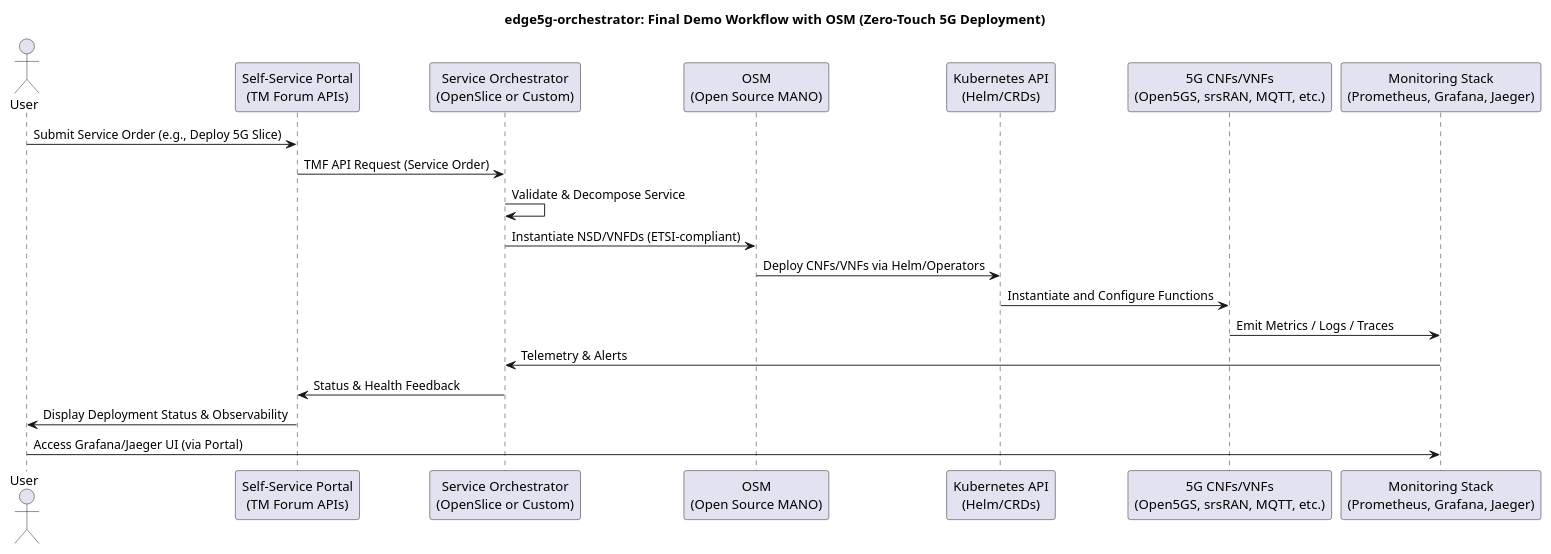
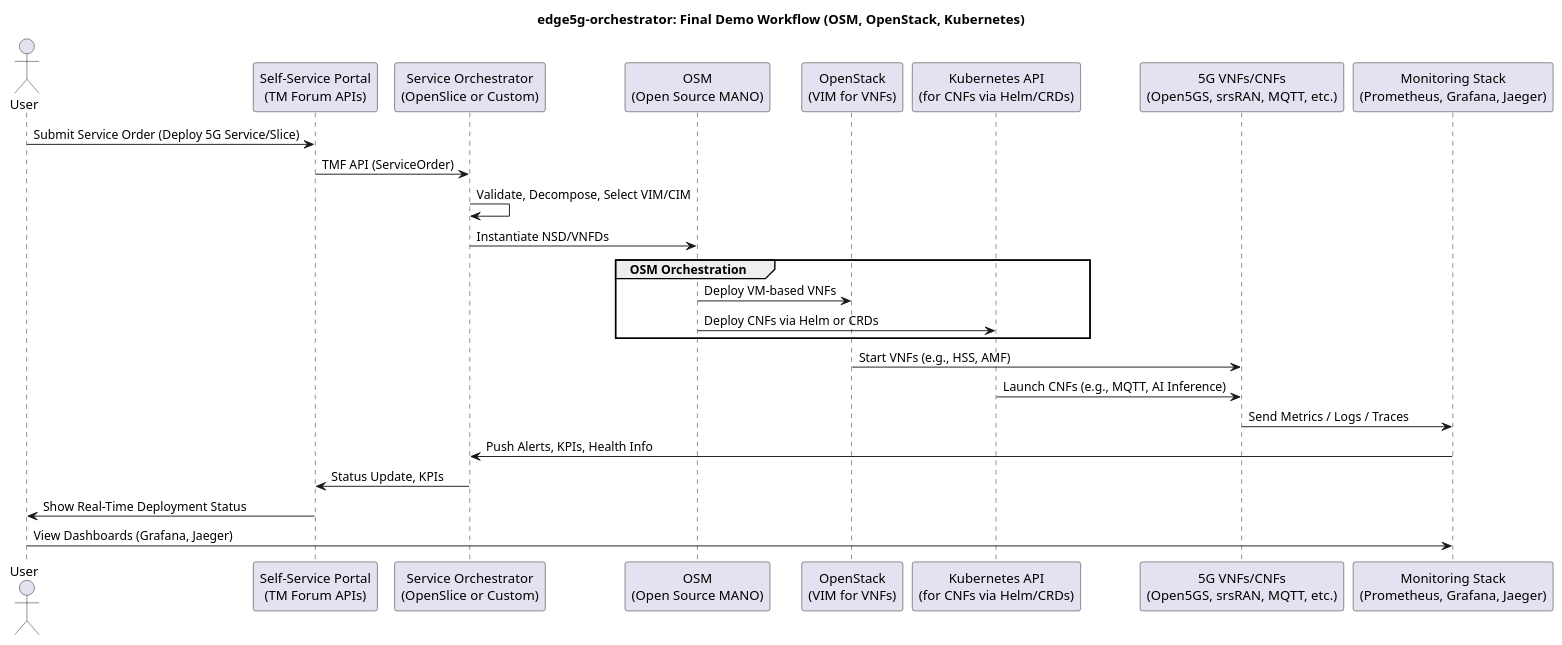
One commit to Siong23/edge5g-orchestrator changed the diagram in demo/workflow.puml. Above: the diagram before and after it, drawn with PlantUML. The commit also changed other lines of this file, not shown here.

```diff
--- a/demo/workflow.puml
+++ b/demo/workflow.puml
@@ -1,26 +1,33 @@
 @startuml
-title edge5g-orchestrator: Final Demo Workflow with OSM (Zero-Touch 5G Deployment)
+title edge5g-orchestrator: Final Demo Workflow (OSM, OpenStack, Kubernetes)
 
 actor User
 participant "Self-Service Portal\n(TM Forum APIs)" as Portal
 participant "Service Orchestrator\n(OpenSlice or Custom)" as Orchestrator
 participant "OSM\n(Open Source MANO)" as OSM
-participant "Kubernetes API\n(Helm/CRDs)" as K8s
-participant "5G CNFs/VNFs\n(Open5GS, srsRAN, MQTT, etc.)" as CNFs
+participant "OpenStack\n(VIM for VNFs)" as OpenStack
+participant "Kubernetes API\n(for CNFs via Helm/CRDs)" as K8s
+participant "5G VNFs/CNFs\n(Open5GS, srsRAN, MQTT, etc.)" as Functions
 participant "Monitoring Stack\n(Prometheus, Grafana, Jaeger)" as Monitoring
 
-User -> Portal: Submit Service Order (e.g., Deploy 5G Slice)
-Portal -> Orchestrator: TMF API Request (Service Order)
-Orchestrator -> Orchestrator: Validate & Decompose Service
-Orchestrator -> OSM: Instantiate NSD/VNFDs (ETSI-compliant)
-OSM -> K8s: Deploy CNFs/VNFs via Helm/Operators
-K8s -> CNFs: Instantiate and Configure Functions
-CNFs -> Monitoring: Emit Metrics / Logs / Traces
+User -> Portal: Submit Service Order (Deploy 5G Service/Slice)
+Portal -> Orchestrator: TMF API (ServiceOrder)
+Orchestrator -> Orchestrator: Validate, Decompose, Select VIM/CIM
+Orchestrator -> OSM: Instantiate NSD/VNFDs
 
-Monitoring -> Orchestrator: Telemetry & Alerts
-Orchestrator -> Portal: Status & Health Feedback
-Portal -> User: Display Deployment Status & Observability
+group OSM Orchestration
+    OSM -> OpenStack: Deploy VM-based VNFs
+    OSM -> K8s: Deploy CNFs via Helm or CRDs
+end
 
-User -> Monitoring: Access Grafana/Jaeger UI (via Portal)
+OpenStack -> Functions: Start VNFs (e.g., HSS, AMF)
+K8s -> Functions: Launch CNFs (e.g., MQTT, AI Inference)
+
+Functions -> Monitoring: Send Metrics / Logs / Traces
+Monitoring -> Orchestrator: Push Alerts, KPIs, Health Info
+Orchestrator -> Portal: Status Update, KPIs
+Portal -> User: Show Real-Time Deployment Status
+
+User -> Monitoring: View Dashboards (Grafana, Jaeger)
 
 @enduml
```
